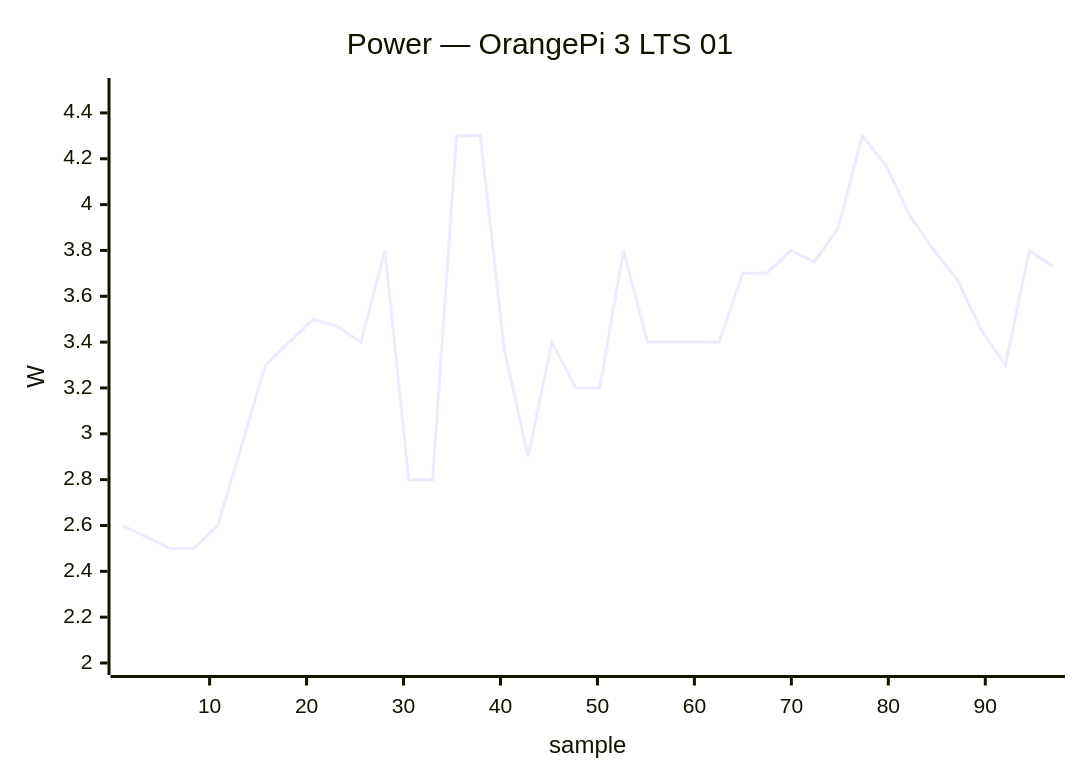
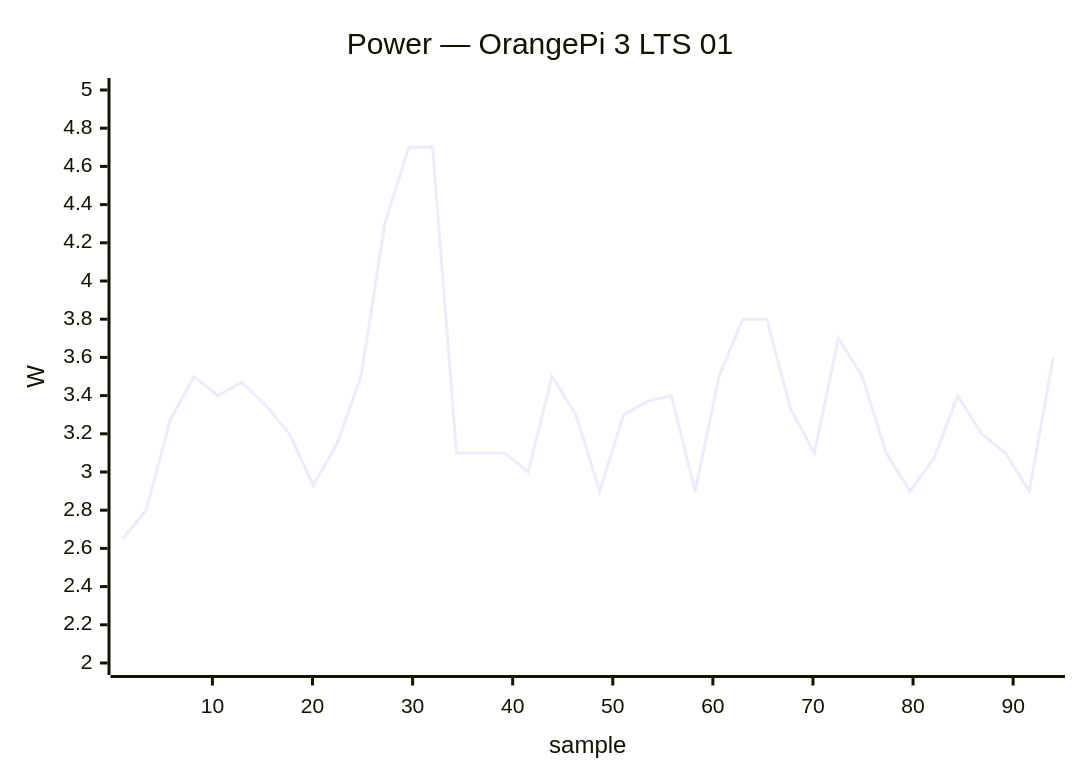
Before and after one commit to armbian/documentation: diagram 16 of 25 in docs/status/board-tests.md, drawn with Mermaid. The commit also changed other lines of this file, not shown here.

````diff
--- a/docs/status/board-tests.md
+++ b/docs/status/board-tests.md
@@ -1036,7 +1073,7 @@
 ```mermaid
 xychart-beta
     title "Power — OrangePi 3 LTS 01"
-    x-axis "sample" 1 --> 97
-    y-axis "W" 2.0 --> 4.5
-    line [2.60, 2.55, 2.50, 2.50, 2.60, 2.95, 3.30, 3.40, 3.50, 3.47, 3.40, 3.80, 2.80, 2.80, 4.30, 4.30, 3.37, 2.90, 3.40, 3.20, 3.20, 3.80, 3.40, 3.40, 3.40, 3.40, 3.70, 3.70, 3.80, 3.75, 3.90, 4.30, 4.17, 3.95, 3.80, 3.67, 3.45, 3.30, 3.80, 3.73]
+    x-axis "sample" 1 --> 94
+    y-axis "W" 2.0 --> 5.0
+    line [2.65, 2.80, 3.27, 3.50, 3.40, 3.47, 3.35, 3.20, 2.93, 3.15, 3.50, 4.30, 4.70, 4.70, 3.10, 3.10, 3.10, 3.00, 3.50, 3.30, 2.90, 3.30, 3.37, 3.40, 2.90, 3.50, 3.80, 3.80, 3.33, 3.10, 3.70, 3.50, 3.10, 2.90, 3.07, 3.40, 3.20, 3.10, 2.90, 3.60]
 ```
````
